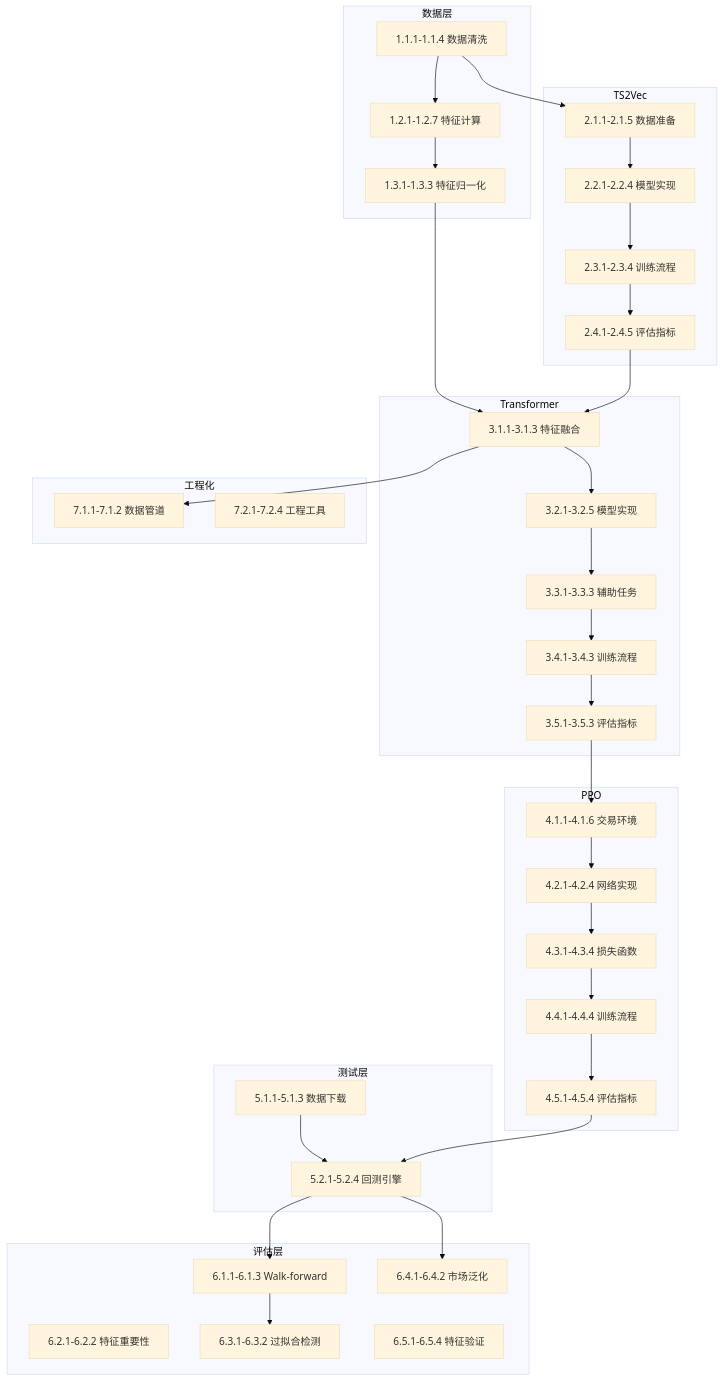
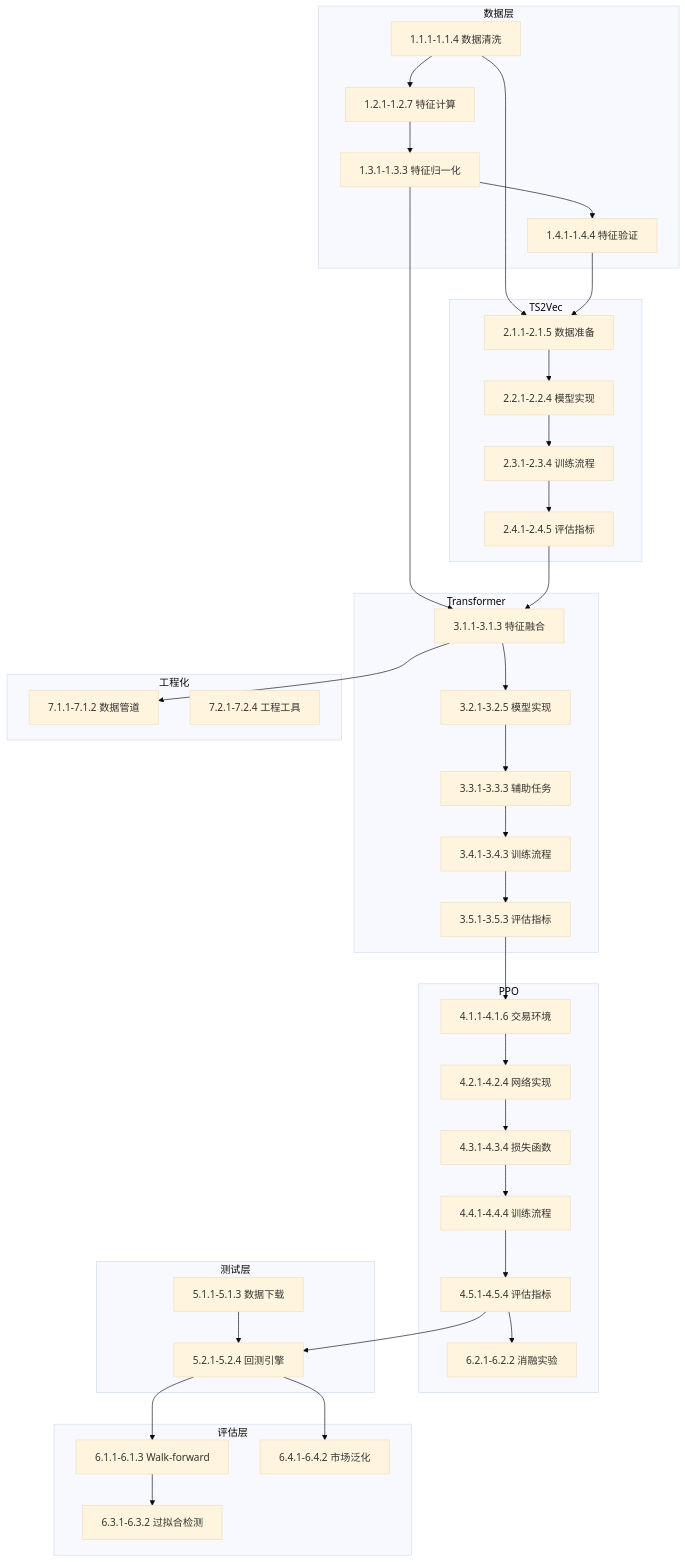
The diagram in task.md (X-xiexianhui/ai-trader), drawn with Mermaid (base theme) before and after one commit. The commit also changed other lines of this file and 5 other files, not shown here.

````diff
--- a/task.md
+++ b/task.md
@@ -2816,54 +2706,55 @@
 ```mermaid
 graph TB
     subgraph 数据层
         A1[1.1.1-1.1.4 数据清洗] --> A2[1.2.1-1.2.7 特征计算]
         A2 --> A3[1.3.1-1.3.3 特征归一化]
+        A3 --> A4[1.4.1-1.4.4 特征验证]
     end
     
     subgraph TS2Vec
         B1[2.1.1-2.1.5 数据准备] --> B2[2.2.1-2.2.4 模型实现]
         B2 --> B3[2.3.1-2.3.4 训练流程]
         B3 --> B4[2.4.1-2.4.5 评估指标]
     end
     
     subgraph Transformer
         C1[3.1.1-3.1.3 特征融合] --> C2[3.2.1-3.2.5 模型实现]
         C2 --> C3[3.3.1-3.3.3 辅助任务]
         C3 --> C4[3.4.1-3.4.3 训练流程]
         C4 --> C5[3.5.1-3.5.3 评估指标]
     end
     
     subgraph PPO
         D1[4.1.1-4.1.6 交易环境] --> D2[4.2.1-4.2.4 网络实现]
         D2 --> D3[4.3.1-4.3.4 损失函数]
         D3 --> D4[4.4.1-4.4.4 训练流程]
         D4 --> D5[4.5.1-4.5.4 评估指标]
+        D5 --> D6[6.2.1-6.2.2 消融实验]
     end
     
     subgraph 测试层
         E1[5.1.1-5.1.3 数据下载] --> E2[5.2.1-5.2.4 回测引擎]
     end
     
     subgraph 评估层
-        F1[6.1.1-6.1.3 Walk-forward] 
-        F2[6.2.1-6.2.2 特征重要性]
+        F1[6.1.1-6.1.3 Walk-forward]
         F3[6.3.1-6.3.2 过拟合检测]
         F4[6.4.1-6.4.2 市场泛化]
-        F5[6.5.1-6.5.4 特征验证]
     end
     
     subgraph 工程化
         G1[7.1.1-7.1.2 数据管道]
         G2[7.2.1-7.2.4 工程工具]
     end
     
     A1 --> B1
+    A4 --> B1
     A3 --> C1
     B4 --> C1
     C5 --> D1
     D5 --> E2
     E2 --> F1
     F1 --> F3
     E2 --> F4
     C1 --> G1
 ```
````
